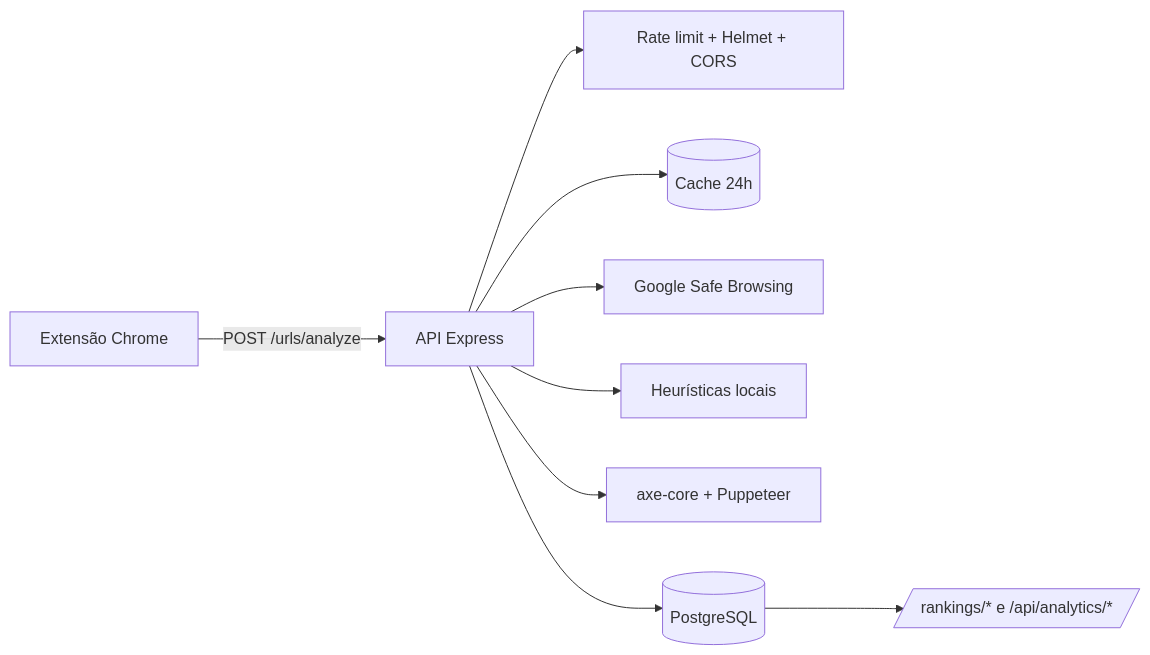
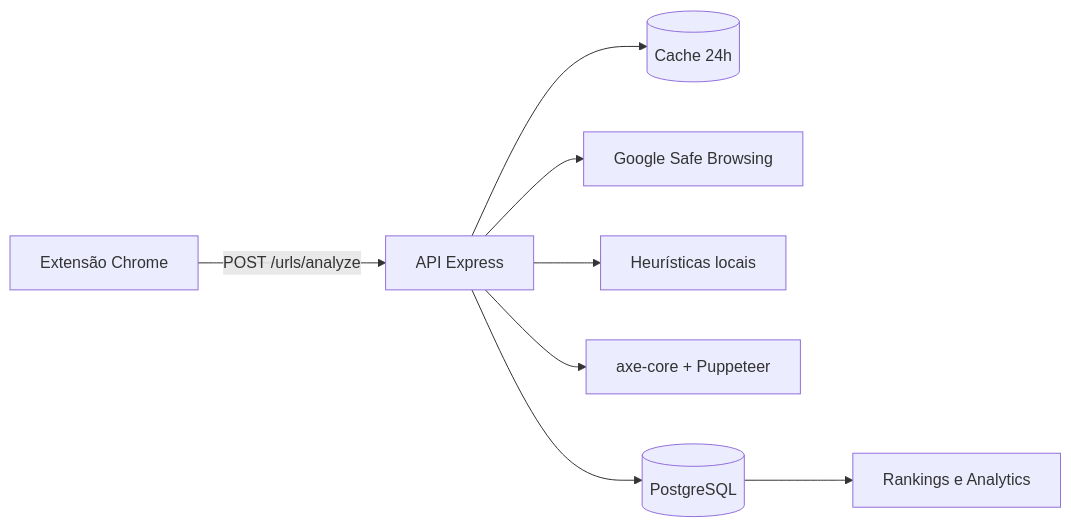
Before and after one commit to Victor-Casagrande/verificador_golpe: the diagram in README.md, drawn with Mermaid. The commit also changed other lines of this file and 11 other files, not shown here.

````diff
--- a/README.md
+++ b/README.md
@@ -61,11 +101,10 @@
 ```mermaid
 flowchart LR
     EXT[Extensão Chrome] -->|POST /urls/analyze| API[API Express]
-    API --> RL[Rate limit + Helmet + CORS]
     API --> CACHE[(Cache 24h)]
     API --> GSB[Google Safe Browsing]
     API --> HEU[Heurísticas locais]
     API --> AXE[axe-core + Puppeteer]
     API --> DB[(PostgreSQL)]
-    DB --> RANK[/rankings/* e /api/analytics/*/]
+    DB --> RANK[Rankings e Analytics]
 ```
````
